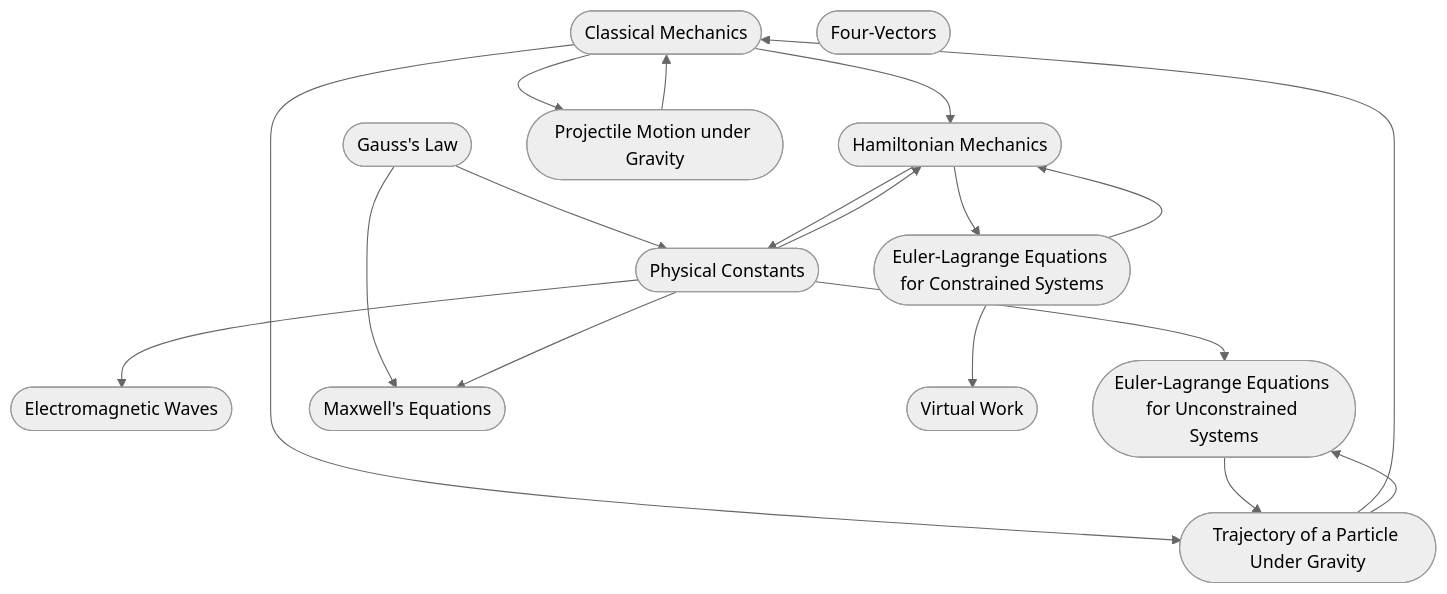
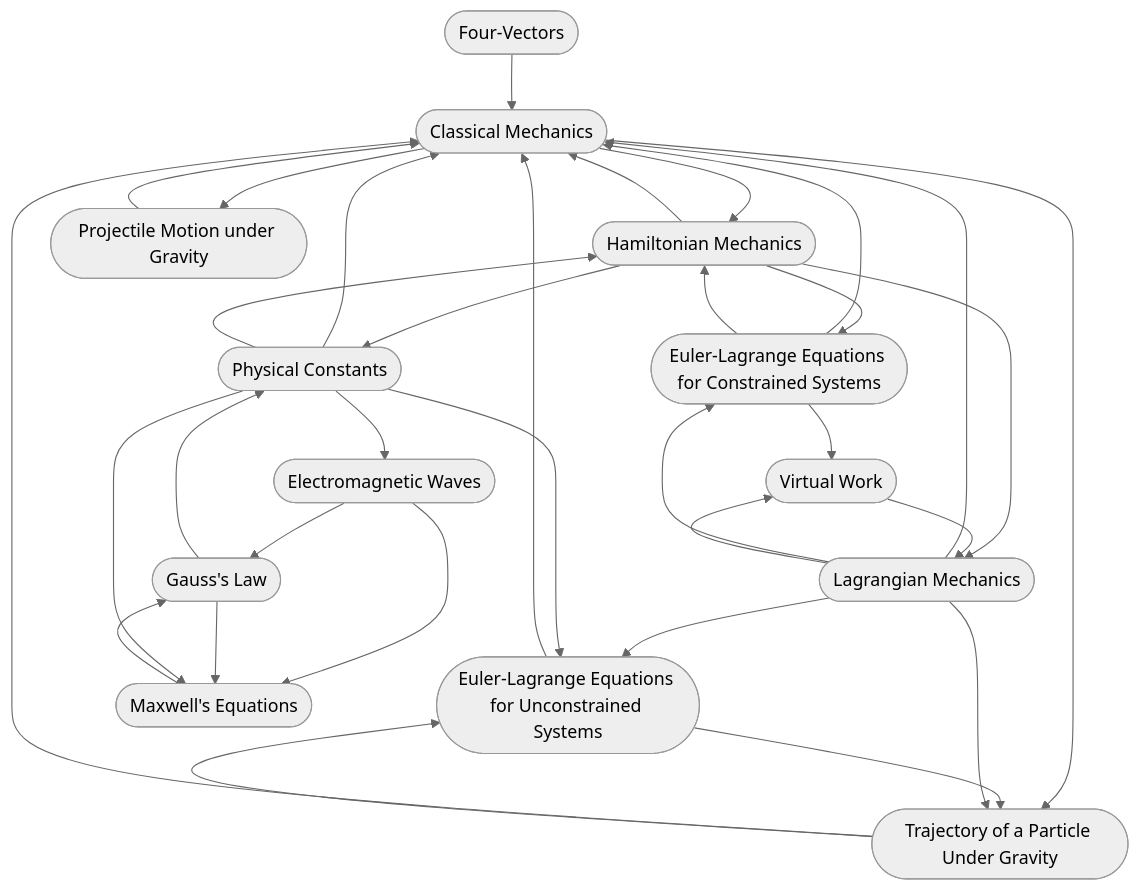
The diagram in KNOWLEDGE_GRAPH.md (Aaravshah2907/Physics-KB), drawn with Mermaid (neutral theme) before and after one commit. The commit also changed 14 other files, not shown here.

````diff
--- a/KNOWLEDGE_GRAPH.md
+++ b/KNOWLEDGE_GRAPH.md
@@ -3,32 +3,48 @@
 ```mermaid
 graph TD
   classical_mechanics([Classical Mechanics])
   electromagnetic_waves([Electromagnetic Waves])
   eulerlagrange_equations_for_constrained_systems([Euler-Lagrange Equations for Constrained Systems])
   eulerlagrange_equations_for_unconstrained_systems([Euler-Lagrange Equations for Unconstrained Systems])
   four_vectors([Four-Vectors])
   gauss_law([Gauss's Law])
   hamiltonian_mechanics([Hamiltonian Mechanics])
+  lagrangian_mechanics([Lagrangian Mechanics])
   maxwell_s_equations([Maxwell's Equations])
   physical_constants([Physical Constants])
   projectile_motion([Projectile Motion under Gravity])
   trajectory_under_gravity([Trajectory of a Particle Under Gravity])
   virtual_work([Virtual Work])
   classical_mechanics --> hamiltonian_mechanics
   classical_mechanics --> projectile_motion
   classical_mechanics --> trajectory_under_gravity
+  electromagnetic_waves --> gauss_law
+  electromagnetic_waves --> maxwell_s_equations
+  eulerlagrange_equations_for_constrained_systems --> classical_mechanics
   eulerlagrange_equations_for_constrained_systems --> hamiltonian_mechanics
   eulerlagrange_equations_for_constrained_systems --> virtual_work
+  eulerlagrange_equations_for_unconstrained_systems --> classical_mechanics
   eulerlagrange_equations_for_unconstrained_systems --> trajectory_under_gravity
+  four_vectors --> classical_mechanics
   gauss_law --> maxwell_s_equations
   gauss_law --> physical_constants
+  hamiltonian_mechanics --> classical_mechanics
   hamiltonian_mechanics --> eulerlagrange_equations_for_constrained_systems
+  hamiltonian_mechanics --> lagrangian_mechanics
   hamiltonian_mechanics --> physical_constants
+  lagrangian_mechanics --> classical_mechanics
+  lagrangian_mechanics --> eulerlagrange_equations_for_constrained_systems
+  lagrangian_mechanics --> eulerlagrange_equations_for_unconstrained_systems
+  lagrangian_mechanics --> trajectory_under_gravity
+  lagrangian_mechanics --> virtual_work
+  maxwell_s_equations --> gauss_law
+  physical_constants --> classical_mechanics
   physical_constants --> electromagnetic_waves
   physical_constants --> eulerlagrange_equations_for_unconstrained_systems
   physical_constants --> hamiltonian_mechanics
   physical_constants --> maxwell_s_equations
   projectile_motion --> classical_mechanics
   trajectory_under_gravity --> classical_mechanics
   trajectory_under_gravity --> eulerlagrange_equations_for_unconstrained_systems
+  virtual_work --> lagrangian_mechanics
 ```
````
